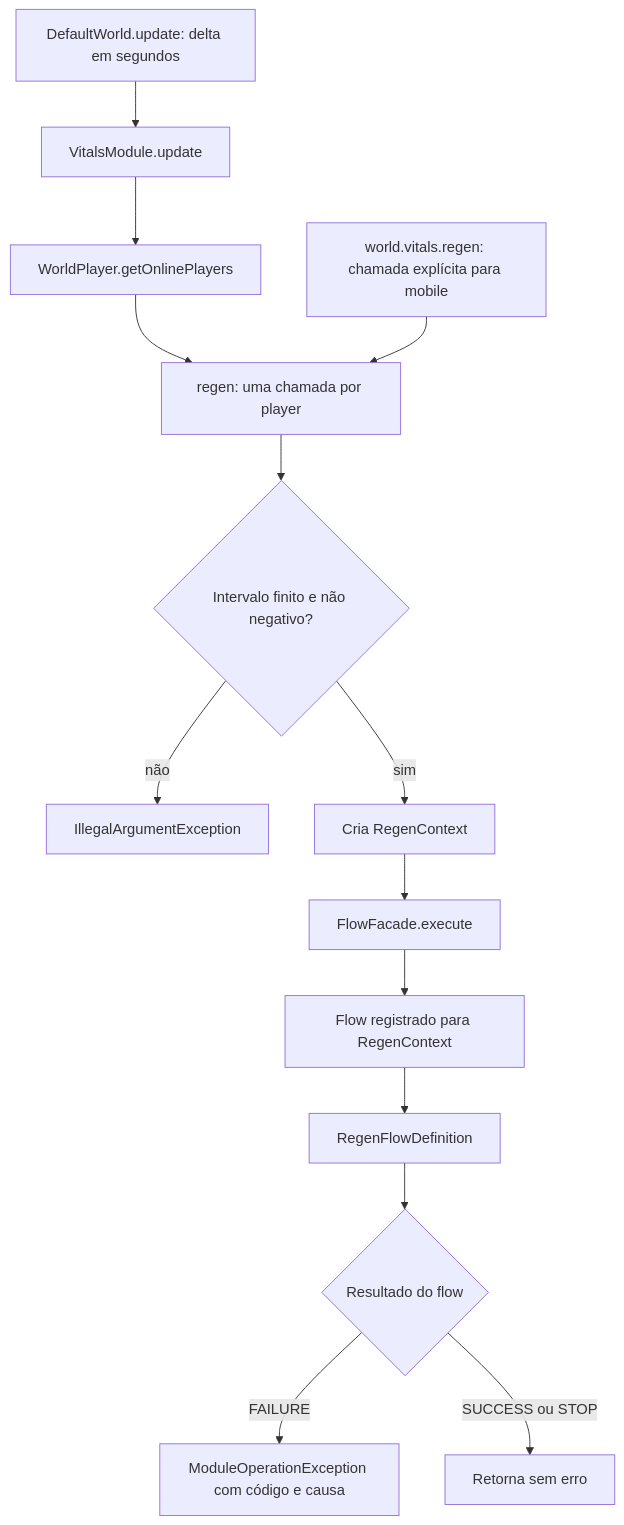
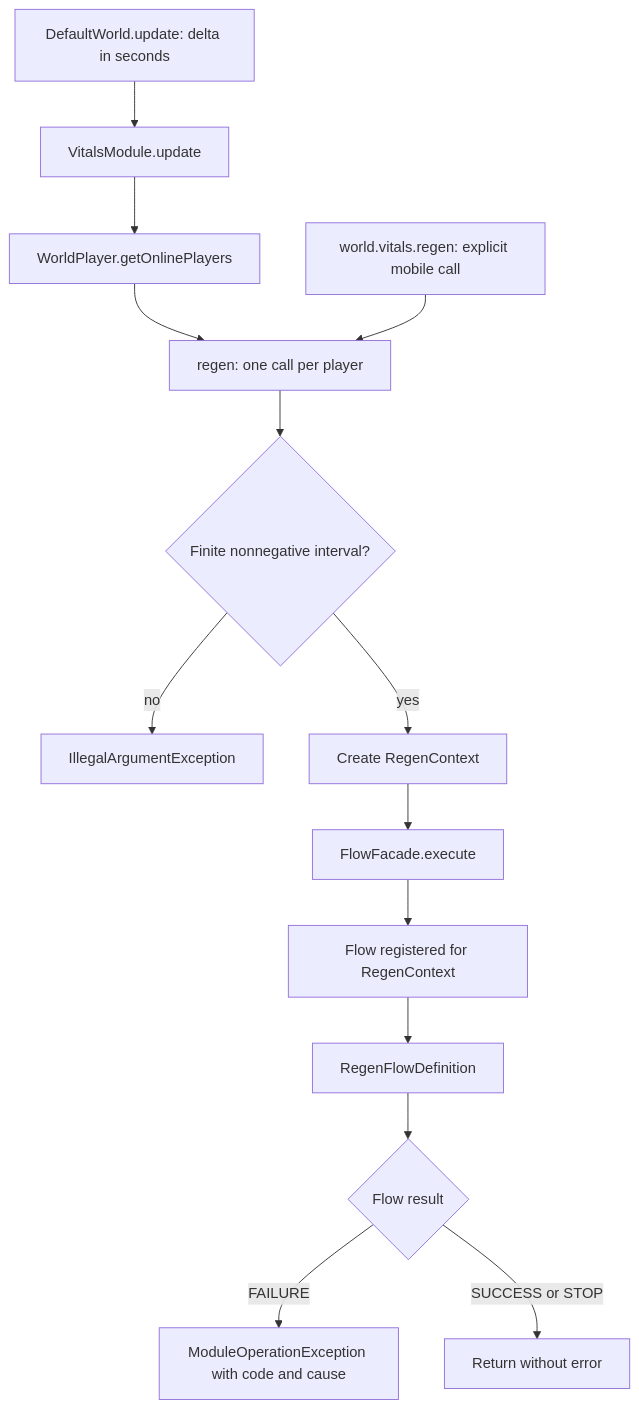
One commit to mayconr/juoforge-server changed the first of 3 diagrams in docs/vitals.md. Above: the diagram before and after it, drawn with Mermaid. The commit also changed other lines of this file and 97 other files, not shown here.

````diff
--- a/docs/vitals.md
+++ b/docs/vitals.md
@@ -41,16 +41,16 @@
 ```mermaid
 flowchart TD
-    Tick[DefaultWorld.update: delta em segundos] --> Update[VitalsModule.update]
+    Tick[DefaultWorld.update: delta in seconds] --> Update[VitalsModule.update]
     Update --> Players[WorldPlayer.getOnlinePlayers]
-    Players --> Regen[regen: uma chamada por player]
-    Explicit[world.vitals.regen: chamada explícita para mobile] --> Regen
-    Regen --> Interval{Intervalo finito e não negativo?}
-    Interval -->|não| Argument[IllegalArgumentException]
-    Interval -->|sim| Context[Cria RegenContext]
+    Players --> Regen[regen: one call per player]
+    Explicit[world.vitals.regen: explicit mobile call] --> Regen
+    Regen --> Interval{Finite nonnegative interval?}
+    Interval -->|no| Argument[IllegalArgumentException]
+    Interval -->|yes| Context[Create RegenContext]
     Context --> Facade[FlowFacade.execute]
-    Facade --> Registry[Flow registrado para RegenContext]
+    Facade --> Registry[Flow registered for RegenContext]
     Registry --> Flow[RegenFlowDefinition]
-    Flow --> Result{Resultado do flow}
-    Result -->|FAILURE| Failure[ModuleOperationException com código e causa]
-    Result -->|SUCCESS ou STOP| Return[Retorna sem erro]
+    Flow --> Result{Flow result}
+    Result -->|FAILURE| Failure[ModuleOperationException with code and cause]
+    Result -->|SUCCESS or STOP| Return[Return without error]
 ```
````
